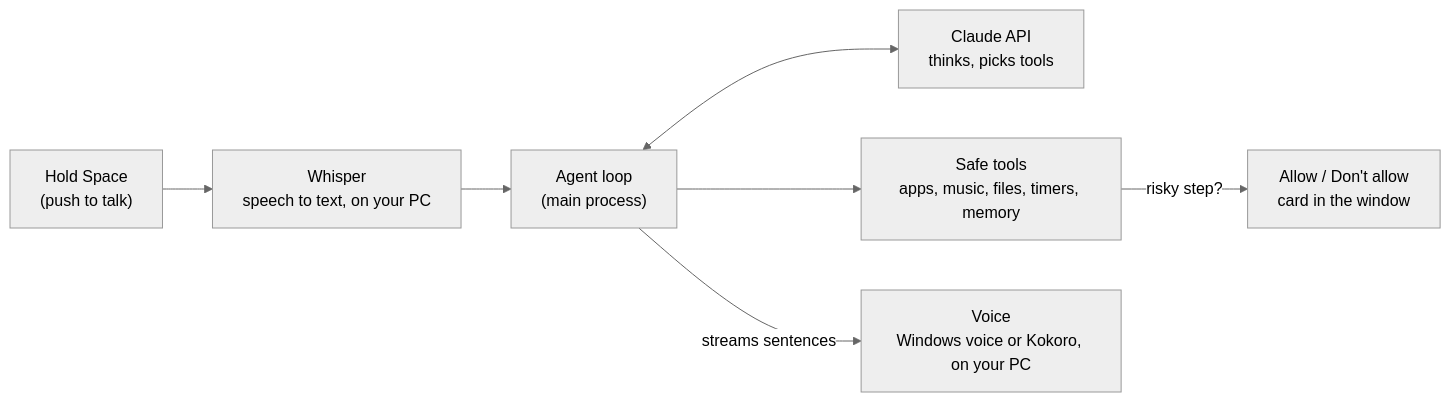
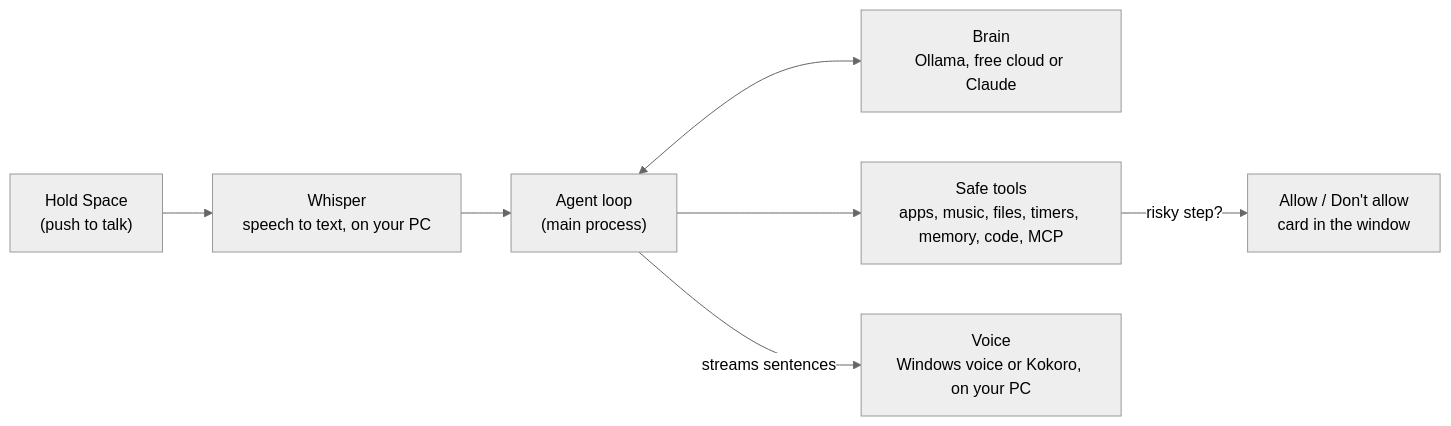
Before and after one commit to osamaayub/nova-assistant: the second of 2 diagrams in README.md, drawn with Mermaid (neutral theme). The commit also changed other lines of this file, not shown here.

````diff
--- a/README.md
+++ b/README.md
@@ -67,9 +74,9 @@
 ```mermaid
 flowchart LR
     M["Hold Space<br/>(push to talk)"] --> W["Whisper<br/>speech to text, on your PC"]
     W --> A["Agent loop<br/>(main process)"]
-    A <--> C["Claude API<br/>thinks, picks tools"]
-    A --> T["Safe tools<br/>apps, music, files, timers, memory"]
+    A <--> B["Brain<br/>Ollama, free cloud or Claude"]
+    A --> T["Safe tools<br/>apps, music, files, timers, memory, code, MCP"]
     A -- "streams sentences" --> V["Voice<br/>Windows voice or Kokoro, on your PC"]
     T -- "risky step?" --> Q["Allow / Don't allow<br/>card in the window"]
 ```
````
